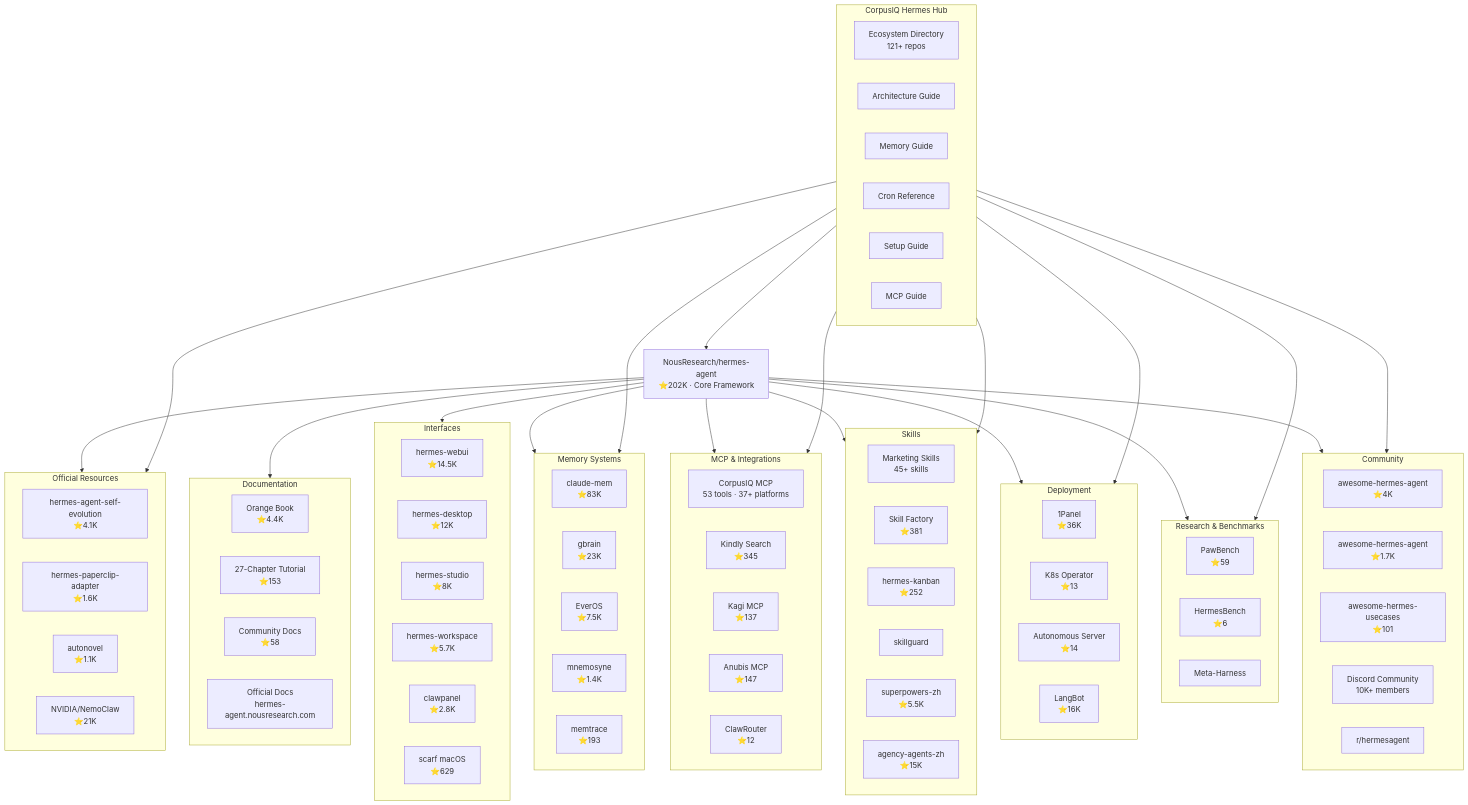
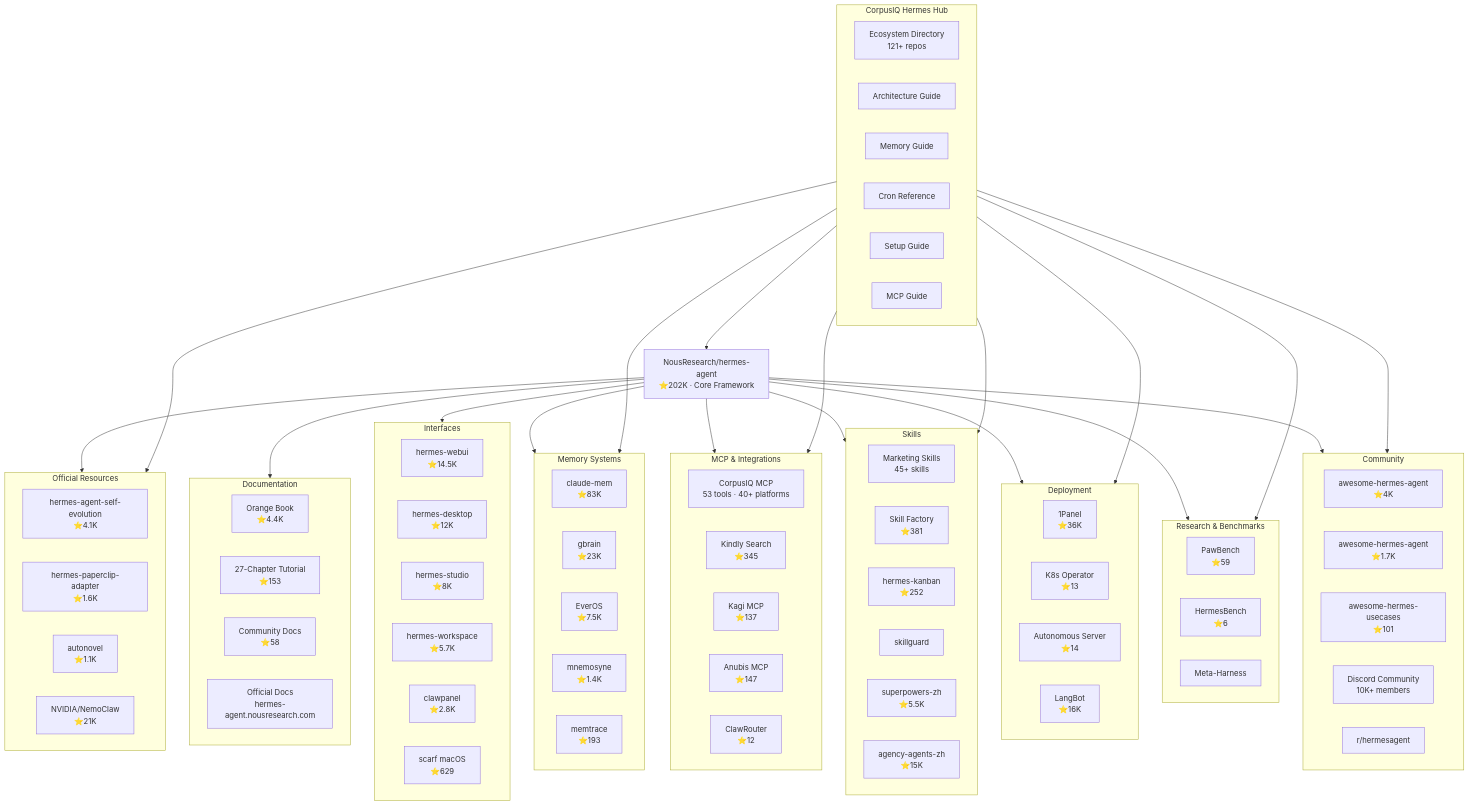
The first of 4 diagrams in hermes/ecosystem-map.md (CorpusIQ/corpusiq-docs), drawn with Mermaid before and after one commit. The commit also changed 111 other files, not shown here.

```diff
--- a/hermes/ecosystem-map.md
+++ b/hermes/ecosystem-map.md
@@ -50,7 +50,7 @@
     end
 
     subgraph MCP[MCP & Integrations]
-        CORPUSIQ_MCP[CorpusIQ MCP<br/>53 tools · 37+ platforms]
+        CORPUSIQ_MCP[CorpusIQ MCP<br/>53 tools · 40+ platforms]
         KINDLY[Kindly Search<br/>⭐345]
         KAGI[Kagi MCP<br/>⭐137]
         ANUBIS[Anubis MCP<br/>⭐147]
```
